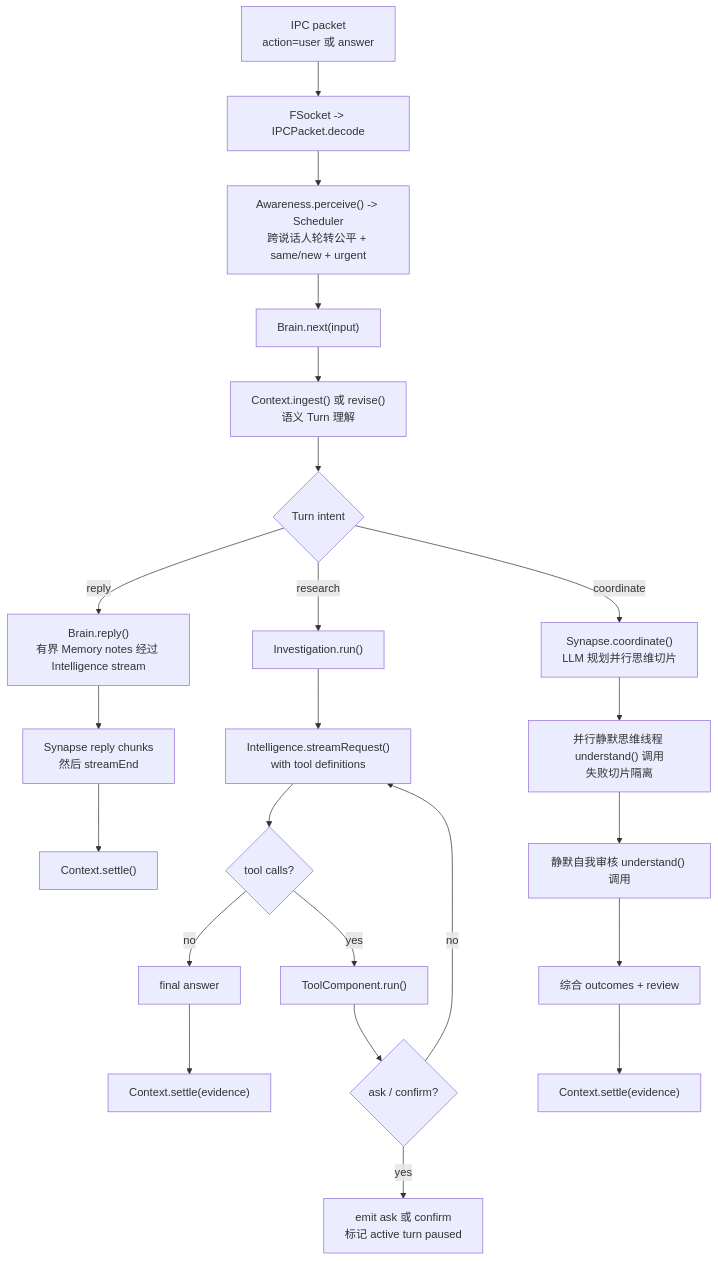
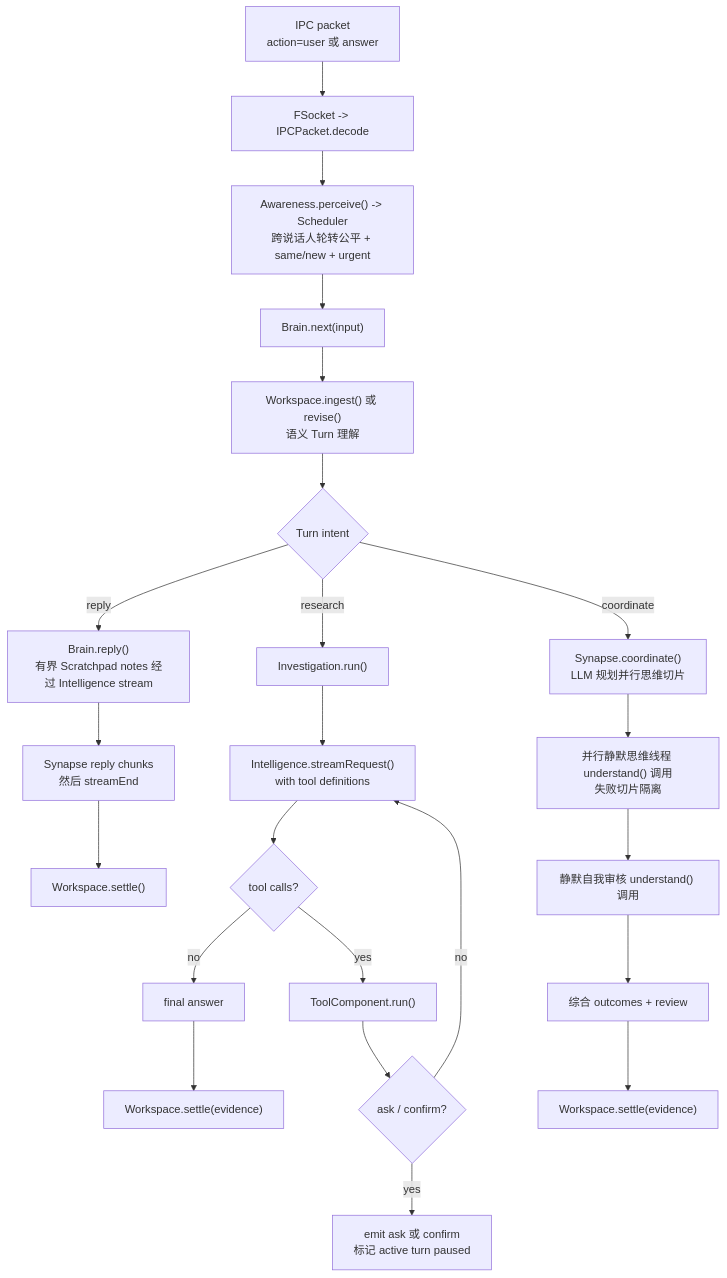
Before and after one commit to flyflor/flyflor: the third of 3 diagrams in README.zh.cn.md, drawn with Mermaid. The commit also changed other lines of this file and 48 other files, not shown here.

````diff
--- a/README.zh.cn.md
+++ b/README.zh.cn.md
@@ -75,28 +75,28 @@
 ```mermaid
 flowchart TD
     User["IPC packet<br/>action=user 或 answer"] --> Decode["FSocket -> IPCPacket.decode"]
     Decode --> Gate["Awareness.perceive() -> Scheduler<br/>跨说话人轮转公平 + same/new + urgent"]
     Gate --> AgentNext["Brain.next(input)"]
-    AgentNext --> Ingest["Context.ingest() 或 revise()<br/>语义 Turn 理解"]
+    AgentNext --> Ingest["Workspace.ingest() 或 revise()<br/>语义 Turn 理解"]
 
     Ingest --> Choice{"Turn intent"}
-    Choice -- reply --> Reply["Brain.reply()<br/>有界 Memory notes 经过 Intelligence stream"]
+    Choice -- reply --> Reply["Brain.reply()<br/>有界 Scratchpad notes 经过 Intelligence stream"]
     Reply --> ReplyOut["Synapse reply chunks<br/>然后 streamEnd"]
-    ReplyOut --> Settle1["Context.settle()"]
+    ReplyOut --> Settle1["Workspace.settle()"]
 
     Choice -- research --> Research["Investigation.run()"]
     Research --> LlmTools["Intelligence.streamRequest()<br/>with tool definitions"]
     LlmTools --> HasAction{"tool calls?"}
     HasAction -- no --> FinalAnswer["final answer"]
     HasAction -- yes --> RunTool["ToolComponent.run()"]
     RunTool --> Pause{"ask / confirm?"}
     Pause -- yes --> UserPause["emit ask 或 confirm<br/>标记 active turn paused"]
     Pause -- no --> LlmTools
-    FinalAnswer --> Settle2["Context.settle(evidence)"]
+    FinalAnswer --> Settle2["Workspace.settle(evidence)"]
 
     Choice -- coordinate --> Coordinate["Synapse.coordinate()<br/>LLM 规划并行思维切片"]
     Coordinate --> Workers["并行静默思维线程 understand() 调用<br/>失败切片隔离"]
     Workers --> Review["静默自我审核 understand() 调用"]
     Review --> Synthesis["综合 outcomes + review"]
-    Synthesis --> Settle4["Context.settle(evidence)"]
+    Synthesis --> Settle4["Workspace.settle(evidence)"]
 ```
````
